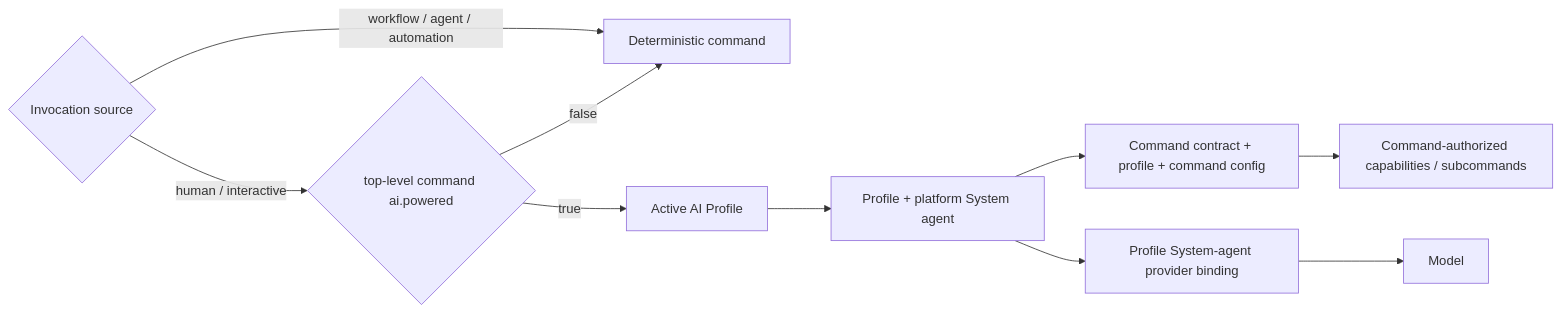
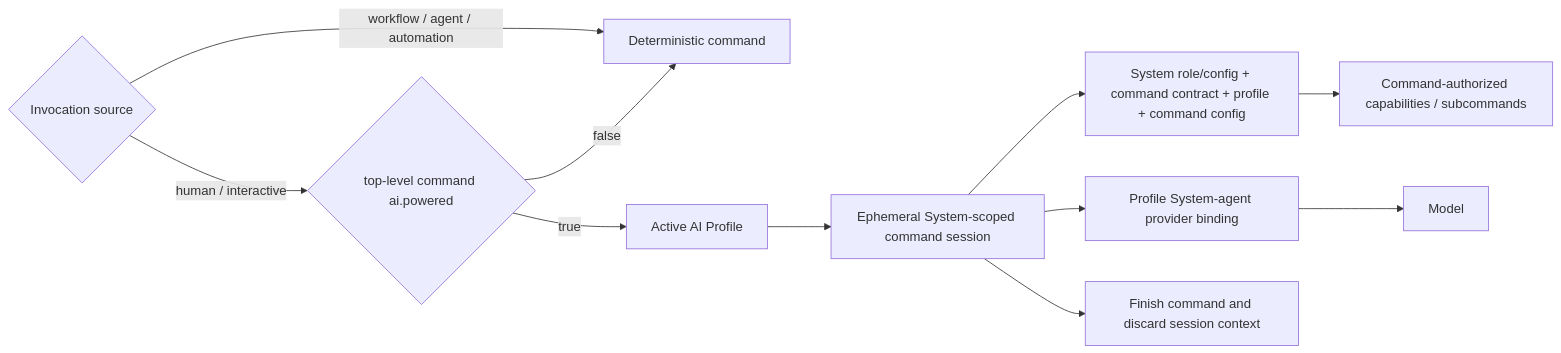
The diagram in ai-commands/commands.md (starodubtsevconsulting/ai-fleas), drawn with Mermaid before and after one commit. The commit also changed other lines of this file, not shown here.

Commit message:
Use ephemeral System-scoped sessions for AI commands

````diff
--- a/ai-commands/commands.md
+++ b/ai-commands/commands.md
@@ -54,13 +56,14 @@
 ```mermaid
 flowchart LR
   Caller{"Invocation source"}
   Caller -->|human / interactive| Mode{"top-level command ai.powered"}
   Caller -->|workflow / agent / automation| Exec["Deterministic command"]
   Mode -->|false| Exec
   Mode -->|true| Profile["Active AI Profile"]
-  Profile --> System["Profile + platform System agent"]
-  System --> Context["Command contract + profile + command config"]
+  Profile --> Session["Ephemeral System-scoped command session"]
+  Session --> Context["System role/config + command contract + profile + command config"]
   Context --> Capability["Command-authorized capabilities / subcommands"]
-  System --> Provider["Profile System-agent provider binding"]
+  Session --> Provider["Profile System-agent provider binding"]
   Provider --> Model["Model"]
+  Session --> Done["Finish command and discard session context"]
 ```
````
